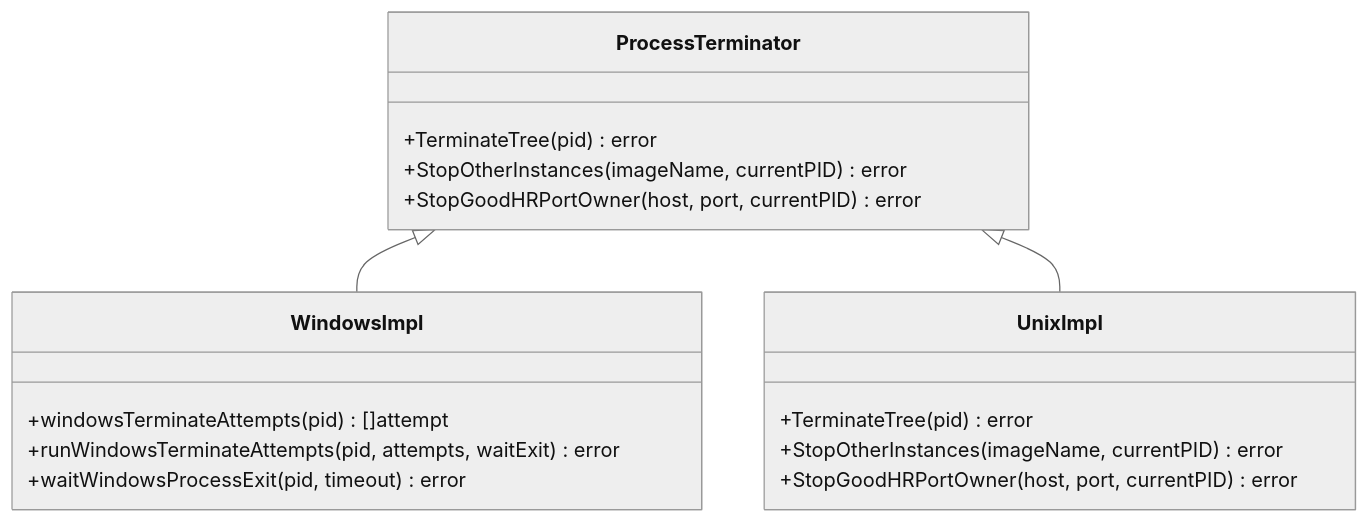
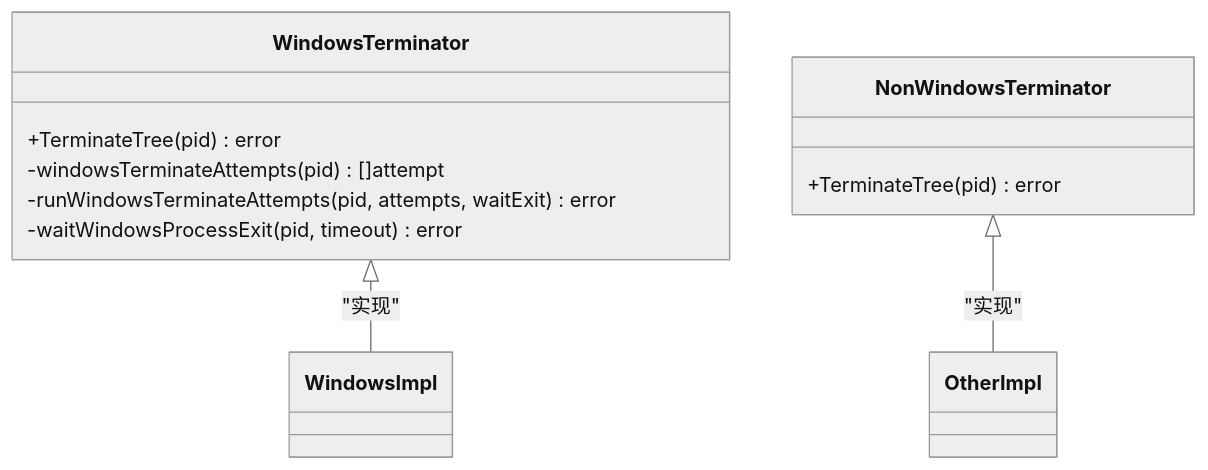
One commit to alvinwangzi/goodhr changed the fourth of 8 diagrams in .qoder/repowiki/zh/content/本地执行器/核心架构/进程控制.md. Above: the diagram before and after it, drawn with Mermaid (neutral theme). The commit also changed other lines of this file and 149 other files, not shown here.

````diff
--- a/.qoder/repowiki/zh/content/本地执行器/核心架构/进程控制.md
+++ b/.qoder/repowiki/zh/content/本地执行器/核心架构/进程控制.md
@@ -199,20 +175,14 @@
 ```mermaid
 classDiagram
-class ProcessTerminator {
+class WindowsTerminator {
 +TerminateTree(pid) error
-+StopOtherInstances(imageName, currentPID) error
-+StopGoodHRPortOwner(host, port, currentPID) error
+-windowsTerminateAttempts(pid) []attempt
+-runWindowsTerminateAttempts(pid, attempts, waitExit) error
+-waitWindowsProcessExit(pid, timeout) error
 }
-class WindowsImpl {
-+windowsTerminateAttempts(pid) []attempt
-+runWindowsTerminateAttempts(pid, attempts, waitExit) error
-+waitWindowsProcessExit(pid, timeout) error
+class NonWindowsTerminator {
++TerminateTree(pid) error
 }
-class UnixImpl {
-+TerminateTree(pid) error
-+StopOtherInstances(imageName, currentPID) error
-+StopGoodHRPortOwner(host, port, currentPID) error
-}
-ProcessTerminator <|-- WindowsImpl
-ProcessTerminator <|-- UnixImpl
+WindowsTerminator <|-- WindowsImpl : "实现"
+NonWindowsTerminator <|-- OtherImpl : "实现"
 ```
````
